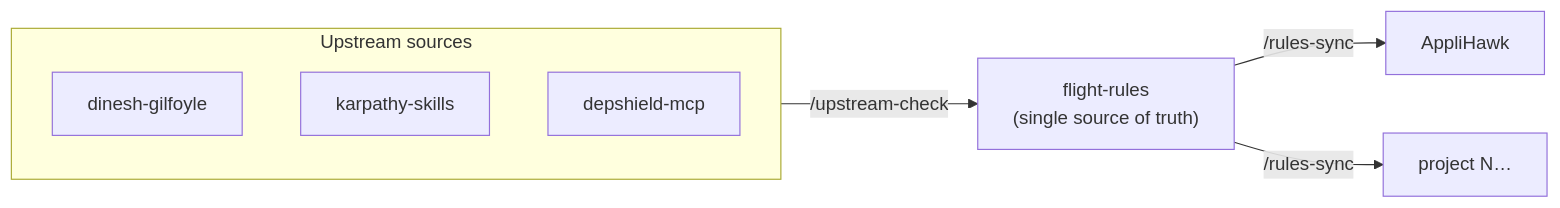
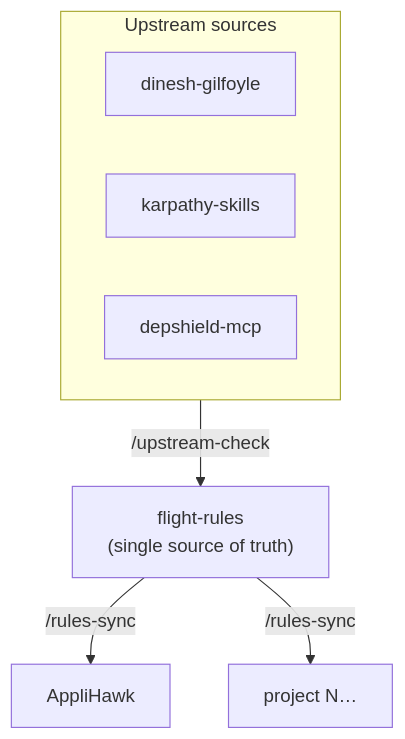
The diagram in README.md (mkb3nigma/flight-rules), drawn with Mermaid before and after one commit.

Commit message:
docs: reorient sync diagram top-to-bottom (GitHub toolbar clearance)
The wide LR layout put a node under GitHub's Mermaid zoom/pan toolbar
(top-right). TB gives the diagram vertical room so the controls no
longer overlap the nodes.

Claude-Session: https://claude.ai/code/session_01FV2SwFvWGZuJKjfmCf5tBU

````diff
--- a/README.md
+++ b/README.md
@@ -25,11 +25,12 @@
 ```mermaid
-flowchart LR
+flowchart TB
     subgraph sources["Upstream sources"]
+        direction LR
         S1["dinesh-gilfoyle"]
         S2["karpathy-skills"]
         S3["depshield-mcp"]
     end
     sources -- "/upstream-check" --> FR["flight-rules<br/>(single source of truth)"]
     FR -- "/rules-sync" --> P1["AppliHawk"]
     FR -- "/rules-sync" --> P2["project N…"]
 ```
````
